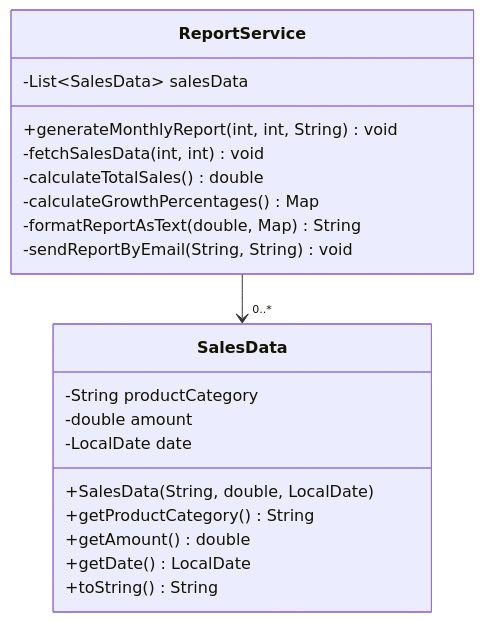
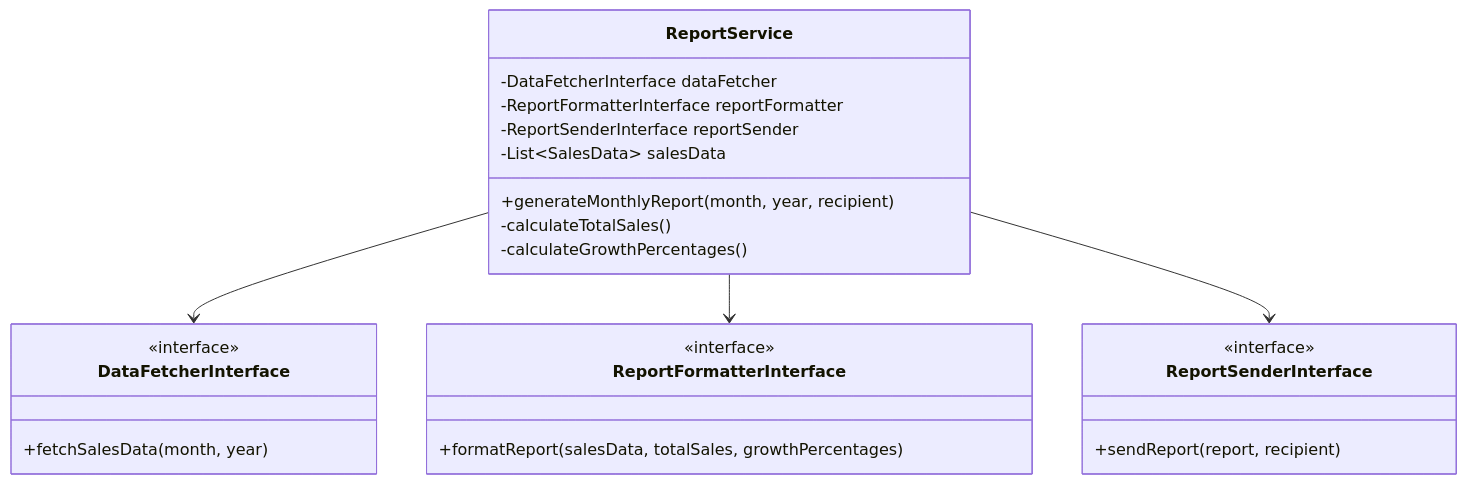
One commit to michaellperry/refactoringsolid changed the first of 2 diagrams in README.md. Above: the diagram before and after it, drawn with Mermaid. The commit also changed other lines of this file, not shown here.

````diff
--- a/README.md
+++ b/README.md
@@ -7,25 +7,34 @@
 ```mermaid
 classDiagram
-    class SalesData {
-        -String productCategory
-        -double amount
-        -LocalDate date
-        +SalesData(String, double, LocalDate)
-        +getProductCategory() String
-        +getAmount() double
-        +getDate() LocalDate
-        +toString() String
+    %% Core Service
+    class ReportService {
+        -DataFetcherInterface dataFetcher
+        -ReportFormatterInterface reportFormatter
+        -ReportSenderInterface reportSender
+        -List~SalesData~ salesData
+        +generateMonthlyReport(month, year, recipient)
+        -calculateTotalSales()
+        -calculateGrowthPercentages()
     }
     
-    class ReportService {
-        -List~SalesData~ salesData
-        +generateMonthlyReport(int, int, String) void
-        -fetchSalesData(int, int) void
-        -calculateTotalSales() double
-        -calculateGrowthPercentages() Map
-        -formatReportAsText(double, Map) String
-        -sendReportByEmail(String, String) void
+    %% Interfaces
+    class DataFetcherInterface {
+        <<interface>>
+        +fetchSalesData(month, year)
     }
     
-    ReportService --> "0..*" SalesData
+    class ReportFormatterInterface {
+        <<interface>>
+        +formatReport(salesData, totalSales, growthPercentages)
+    }
+    
+    class ReportSenderInterface {
+        <<interface>>
+        +sendReport(report, recipient)
+    }
+    
+    %% Relationships
+    ReportService --> DataFetcherInterface
+    ReportService --> ReportFormatterInterface
+    ReportService --> ReportSenderInterface
 ```
````
